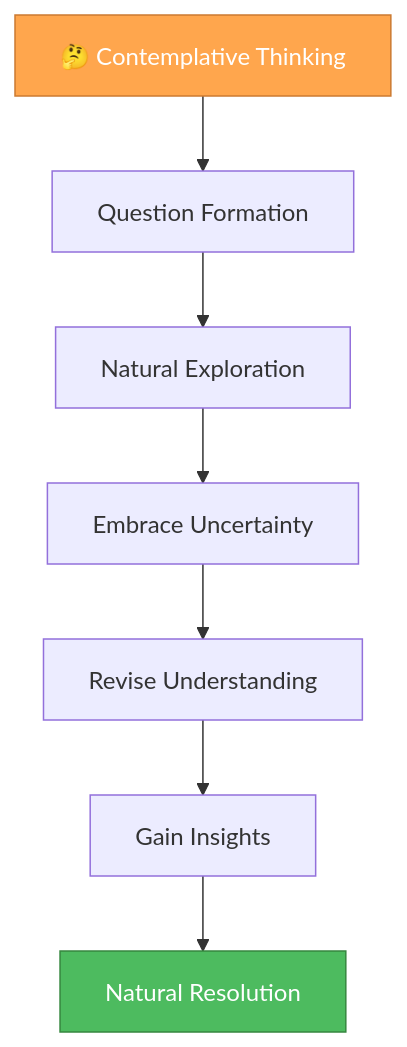
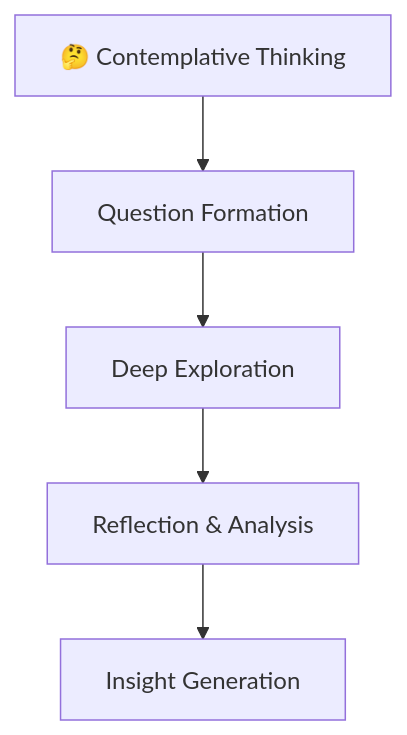
One commit to JooduG/RPGlitch changed the fourth of 6 diagrams in .cursor/rules/thinking-framework.mdc. Above: the diagram before and after it, drawn with Mermaid. The commit also changed other lines of this file and 75 other files, not shown here.

````diff
--- a/.cursor/rules/thinking-framework.mdc
+++ b/.cursor/rules/thinking-framework.mdc
@@ -139,13 +328,8 @@
 ```mermaid
 graph TD
     Start["🤔 Contemplative Thinking"] --> Question["Question Formation"]
     
-    Question --> Exploration["Natural Exploration"]
-    Exploration --> Doubt["Embrace Uncertainty"]
-    Doubt --> Revision["Revise Understanding"]
-    Revision --> Insight["Gain Insights"]
-    Insight --> Complete["Natural Resolution"]
-    
-    style Start fill:#ffa64d,stroke:#cc7a30,color:white
-    style Complete fill:#4dbb5f,stroke:#36873f,color:white
+    Question --> Exploration["Deep Exploration"]
+    Exploration --> Reflection["Reflection & Analysis"]
+    Reflection --> Insight["Insight Generation"]
 ```
````
